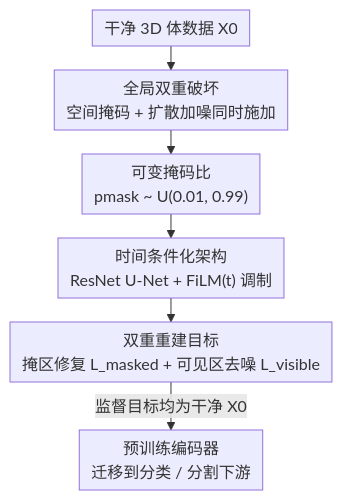
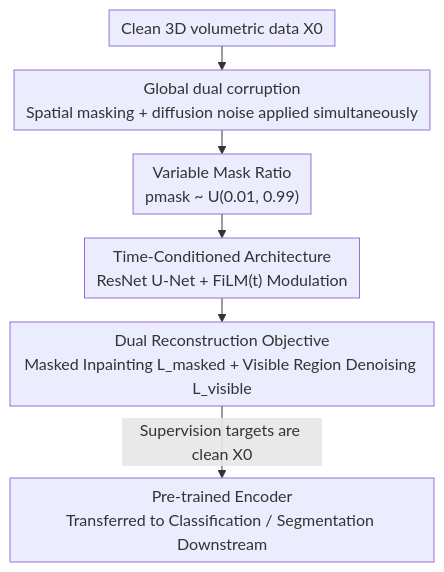
The diagram in docs/CVPR2026/medical_imaging/masked-diffusion_autoencoders_for_3d_medical_vision_representation_learning.md (zhaoyang97/Paper-Notes-en), drawn with Mermaid before and after one commit. The commit also changed 644 other files, not shown here.

````diff
--- a/docs/CVPR2026/medical_imaging/masked-diffusion_autoencoders_for_3d_medical_vision_representation_learning.md
+++ b/docs/CVPR2026/medical_imaging/masked-diffusion_autoencoders_for_3d_medical_vision_representation_learning.md
@@ -47,9 +47,9 @@
 ```mermaid
 %%{init: {'flowchart': {'rankSpacing': 24, 'nodeSpacing': 28, 'padding': 6, 'wrappingWidth': 400}}}%%
 flowchart TD
-    A["干净 3D 体数据 X0"] --> B["全局双重破坏<br/>空间掩码 + 扩散加噪同时施加"]
-    B --> C["可变掩码比<br/>pmask ~ U(0.01, 0.99)"]
-    C --> D["时间条件化架构<br/>ResNet U-Net + FiLM(t) 调制"]
-    D --> E["双重重建目标<br/>掩区修复 L_masked + 可见区去噪 L_visible"]
-    E -->|监督目标均为干净 X0| F["预训练编码器<br/>迁移到分类 / 分割下游"]
+    A["Clean 3D volumetric data X0"] --> B["Global dual corruption<br/>Spatial masking + diffusion noise applied simultaneously"]
+    B --> C["Variable Mask Ratio<br/>pmask ~ U(0.01, 0.99)"]
+    C --> D["Time-Conditioned Architecture<br/>ResNet U-Net + FiLM(t) Modulation"]
+    D --> E["Dual Reconstruction Objective<br/>Masked Inpainting L_masked + Visible Region Denoising L_visible"]
+    E -->|Supervision targets are clean X0| F["Pre-trained Encoder<br/>Transferred to Classification / Segmentation Downstream"]
 ```
````
